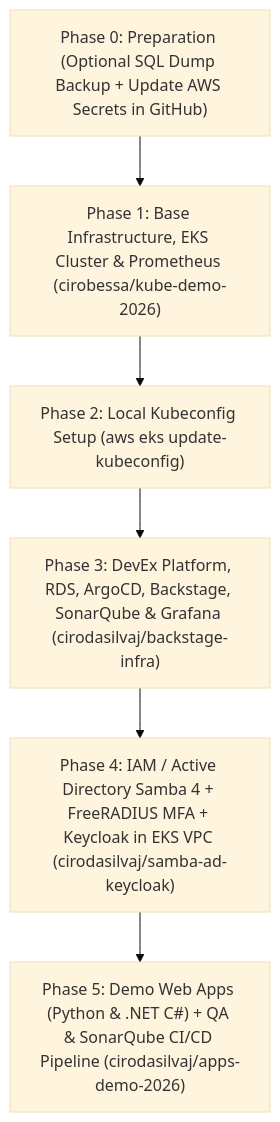
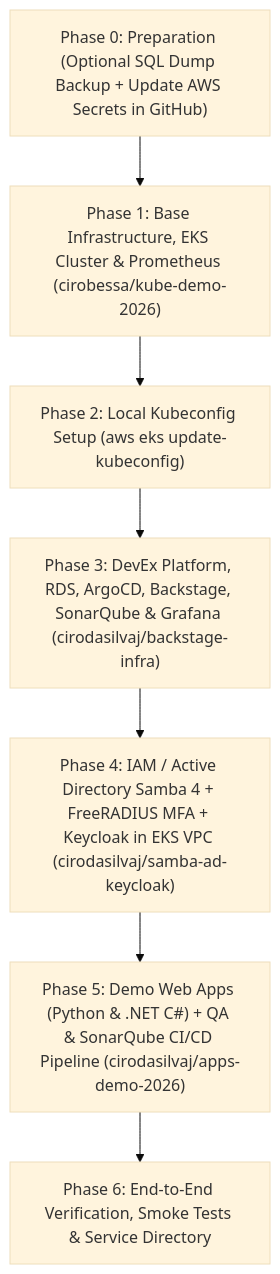
One commit to cirobessa/kube-demo-2026 changed the diagram in DEPLOY-ORDER-RUNBOOK.md. Above: the diagram before and after it, drawn with Mermaid (base theme). The commit also changed other lines of this file and 11 other files, not shown here.

Commit message:
docs: add complete architecture documentation, runbooks, and presentation deck

````diff
--- a/DEPLOY-ORDER-RUNBOOK.md
+++ b/DEPLOY-ORDER-RUNBOOK.md
@@ -9,9 +9,10 @@
 ```mermaid
 flowchart TD
     S0["Phase 0: Preparation (Optional SQL Dump Backup + Update AWS Secrets in GitHub)"] --> S1
     S1["Phase 1: Base Infrastructure, EKS Cluster & Prometheus (cirobessa/kube-demo-2026)"] --> S2
     S2["Phase 2: Local Kubeconfig Setup (aws eks update-kubeconfig)"] --> S3
     S3["Phase 3: DevEx Platform, RDS, ArgoCD, Backstage, SonarQube & Grafana (cirodasilvaj/backstage-infra)"] --> S4
     S4["Phase 4: IAM / Active Directory Samba 4 + FreeRADIUS MFA + Keycloak in EKS VPC (cirodasilvaj/samba-ad-keycloak)"] --> S5
-    S5["Phase 5: Demo Web Apps (Python & .NET C#) + QA & SonarQube CI/CD Pipeline (cirodasilvaj/apps-demo-2026)"]
+    S5["Phase 5: Demo Web Apps (Python & .NET C#) + QA & SonarQube CI/CD Pipeline (cirodasilvaj/apps-demo-2026)"] --> S6
+    S6["Phase 6: End-to-End Verification, Smoke Tests & Service Directory"]
 ```
````
